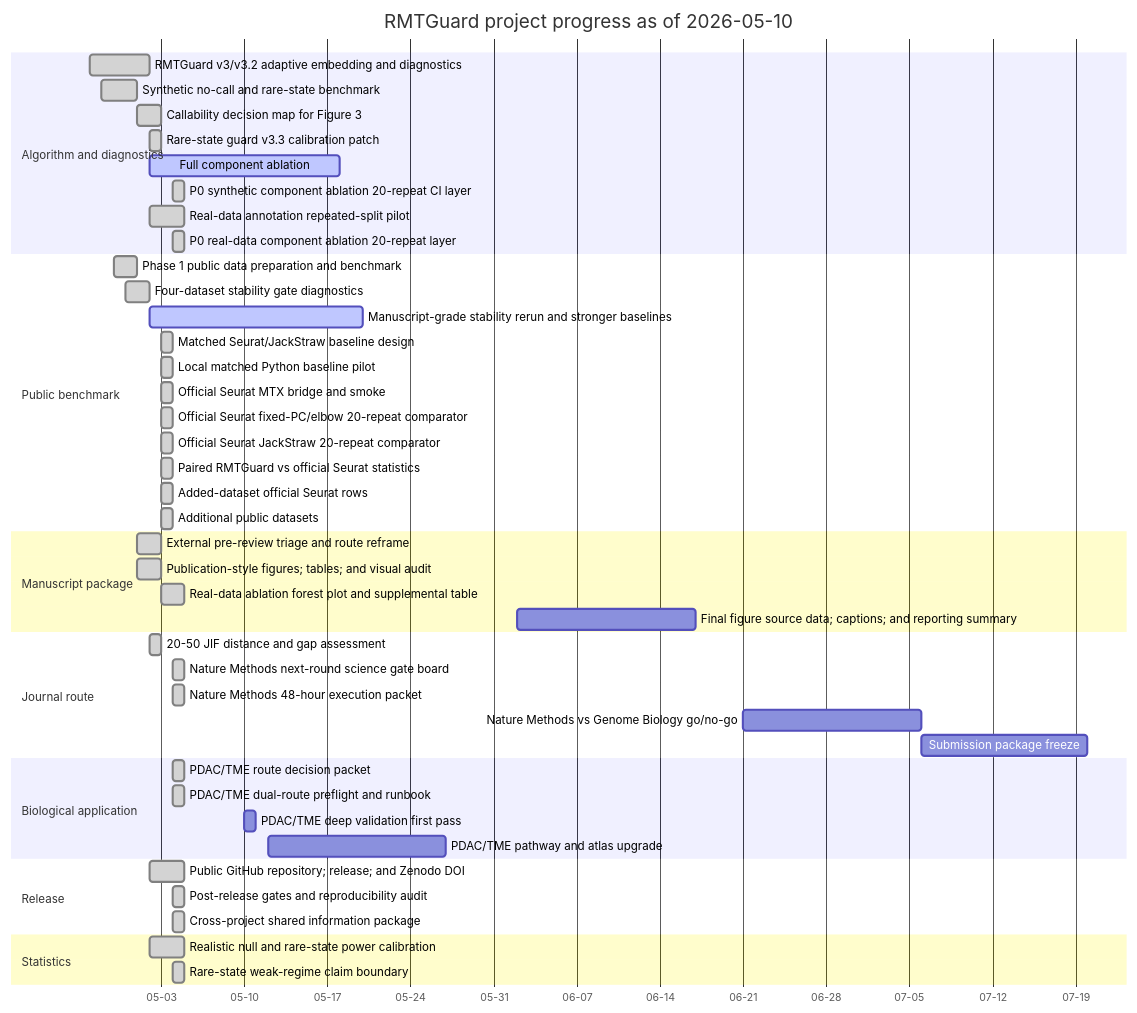
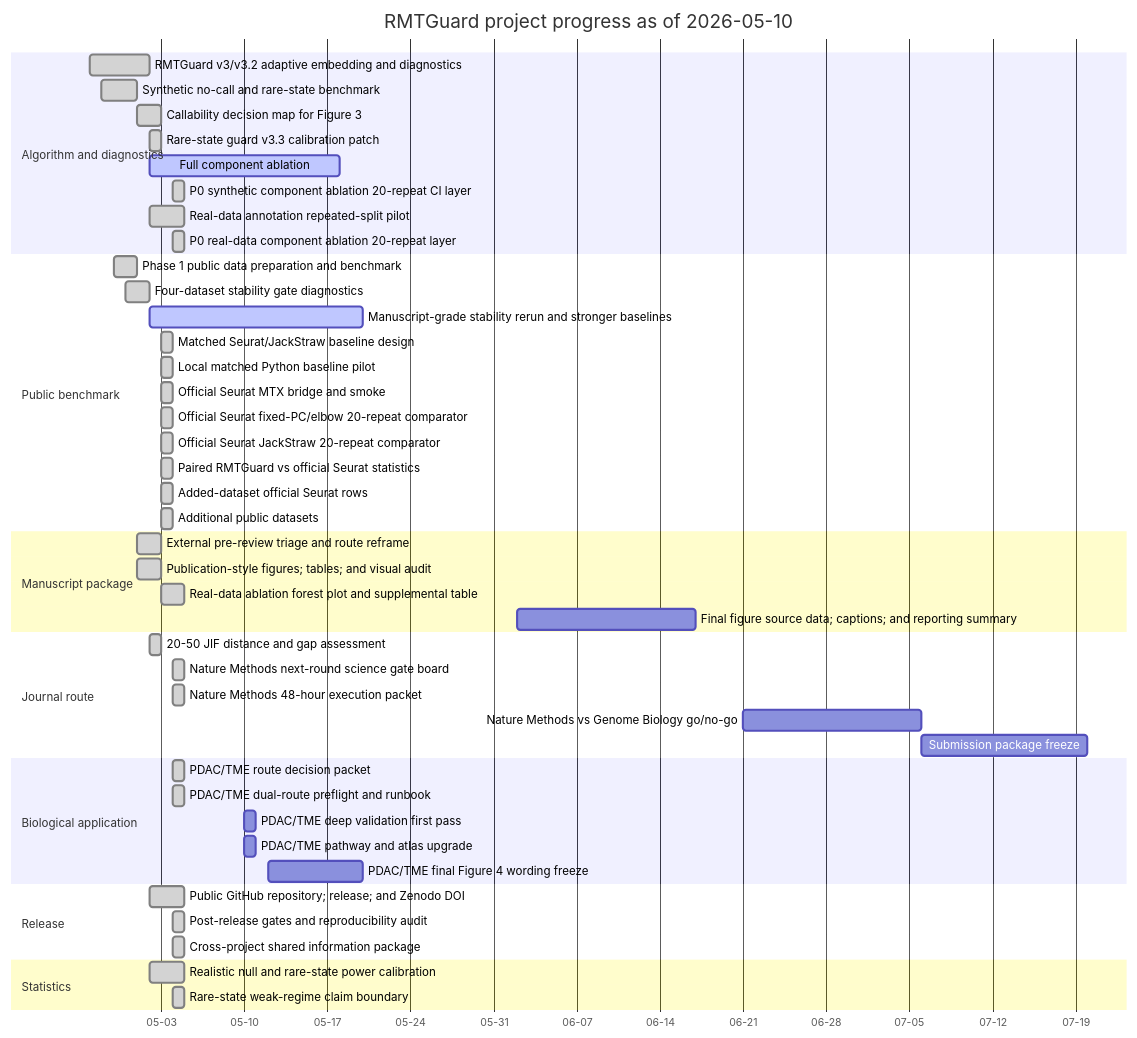
The diagram in results/project_management/rmtguard_project_gantt.md (healthgreat/rmtguard), drawn with Mermaid before and after one commit. The commit also changed other lines of this file and 35 other files, not shown here.

Commit message:
Add PDAC TME pathway atlas validation

````diff
--- a/results/project_management/rmtguard_project_gantt.md
+++ b/results/project_management/rmtguard_project_gantt.md
@@ -13,50 +13,51 @@
 ```mermaid
 gantt
     title RMTGuard project progress as of 2026-05-10
     dateFormat  YYYY-MM-DD
     axisFormat  %m-%d
     section Algorithm and diagnostics
     RMTGuard v3/v3.2 adaptive embedding and diagnostics :done, T01, 2026-04-27, 5d
     Synthetic no-call and rare-state benchmark :done, T02, 2026-04-28, 3d
     Callability decision map for Figure 3 :done, T03, 2026-05-01, 2d
     Rare-state guard v3.3 calibration patch :done, T04, 2026-05-02, 1d
     Full component ablation :active, T18, 2026-05-02, 16d
     P0 synthetic component ablation 20-repeat CI layer :done, T19, 2026-05-04, 1d
     Real-data annotation repeated-split pilot :done, T20, 2026-05-02, 3d
     P0 real-data component ablation 20-repeat layer :done, T21, 2026-05-04, 1d
     section Public benchmark
     Phase 1 public data preparation and benchmark :done, T05, 2026-04-29, 2d
     Four-dataset stability gate diagnostics :done, T06, 2026-04-30, 2d
     Manuscript-grade stability rerun and stronger baselines :active, T17, 2026-05-02, 18d
     Matched Seurat/JackStraw baseline design :done, T23, 2026-05-03, 1d
     Local matched Python baseline pilot :done, T24, 2026-05-03, 1d
     Official Seurat MTX bridge and smoke :done, T25, 2026-05-03, 1d
     Official Seurat fixed-PC/elbow 20-repeat comparator :done, T26, 2026-05-03, 1d
     Official Seurat JackStraw 20-repeat comparator :done, T27, 2026-05-03, 1d
     Paired RMTGuard vs official Seurat statistics :done, T28, 2026-05-03, 1d
     Added-dataset official Seurat rows :done, T29, 2026-05-03, 1d
-    Additional public datasets :done, T32, 2026-05-03, 1d
+    Additional public datasets :done, T33, 2026-05-03, 1d
     section Manuscript package
     External pre-review triage and route reframe :done, T07, 2026-05-01, 2d
     Publication-style figures; tables; and visual audit :done, T08, 2026-05-01, 2d
     Real-data ablation forest plot and supplemental table :done, T22, 2026-05-03, 2d
-    Final figure source data; captions; and reporting summary :T33, 2026-06-02, 15d
+    Final figure source data; captions; and reporting summary :T34, 2026-06-02, 15d
     section Journal route
     20-50 JIF distance and gap assessment :done, T09, 2026-05-02, 1d
     Nature Methods next-round science gate board :done, T10, 2026-05-04, 1d
     Nature Methods 48-hour execution packet :done, T11, 2026-05-04, 1d
-    Nature Methods vs Genome Biology go/no-go :T36, 2026-06-21, 15d
-    Submission package freeze :T37, 2026-07-06, 14d
+    Nature Methods vs Genome Biology go/no-go :T37, 2026-06-21, 15d
+    Submission package freeze :T38, 2026-07-06, 14d
     section Biological application
     PDAC/TME route decision packet :done, T12, 2026-05-04, 1d
     PDAC/TME dual-route preflight and runbook :done, T13, 2026-05-04, 1d
     PDAC/TME deep validation first pass :T30, 2026-05-10, 1d
-    PDAC/TME pathway and atlas upgrade :T31, 2026-05-12, 15d
+    PDAC/TME pathway and atlas upgrade :T31, 2026-05-10, 1d
+    PDAC/TME final Figure 4 wording freeze :T32, 2026-05-12, 8d
     section Release
     Public GitHub repository; release; and Zenodo DOI :done, T14, 2026-05-02, 3d
-    Post-release gates and reproducibility audit :done, T34, 2026-05-04, 1d
-    Cross-project shared information package :done, T35, 2026-05-04, 1d
+    Post-release gates and reproducibility audit :done, T35, 2026-05-04, 1d
+    Cross-project shared information package :done, T36, 2026-05-04, 1d
     section Statistics
     Realistic null and rare-state power calibration :done, T15, 2026-05-02, 3d
     Rare-state weak-regime claim boundary :done, T16, 2026-05-04, 1d
 ```
````
